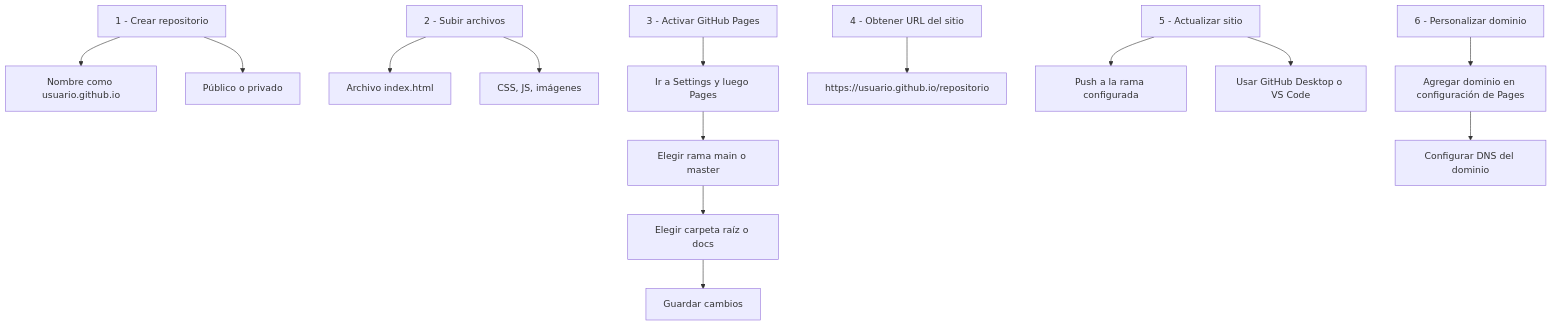
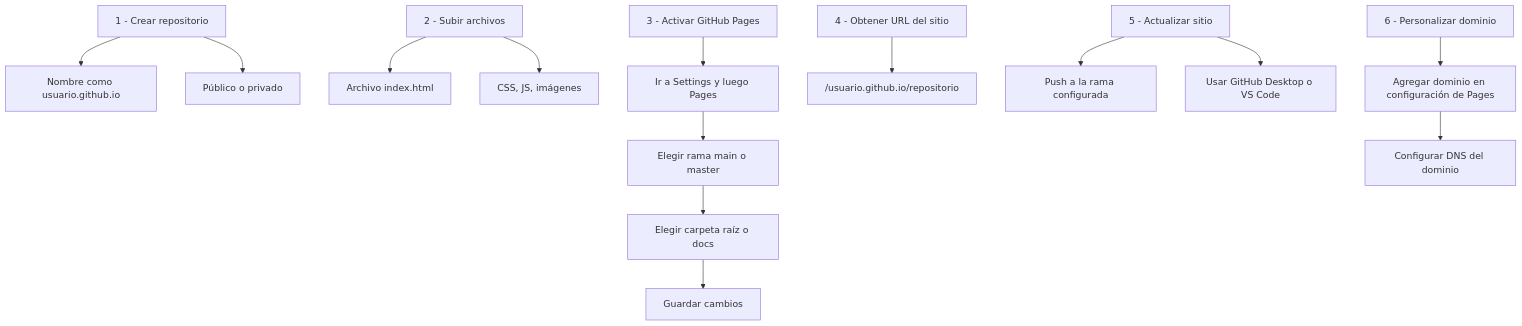
Before and after one commit to bruveping/DesarrollosP5: the diagram in readme.md, drawn with Mermaid.

````diff
--- a/readme.md
+++ b/readme.md
@@ -56,21 +56,21 @@
 ```mermaid
 graph TD
     A[1 - Crear repositorio] --> A1[Nombre como usuario.github.io]
     A --> A2[Público o privado]
 
     B[2 - Subir archivos] --> B1[Archivo index.html]
     B --> B2[CSS, JS, imágenes]
 
     C[3 - Activar GitHub Pages] --> C1[Ir a Settings y luego Pages]
     C1 --> C2[Elegir rama main o master]
     C2 --> C3[Elegir carpeta raíz o docs]
     C3 --> C4[Guardar cambios]
 
-    D[4 - Obtener URL del sitio] -->D1["https://usuario.github.io/repositorio"]
+    D[4 - Obtener URL del sitio] -->D1["/usuario.github.io/repositorio"]
 
     E[5 - Actualizar sitio] --> E1[Push a la rama configurada]
     E --> E2[Usar GitHub Desktop o VS Code]
 
     F[6 - Personalizar dominio] --> F1[Agregar dominio en configuración de Pages]
     F1 --> F2[Configurar DNS del dominio]
 ```
````
